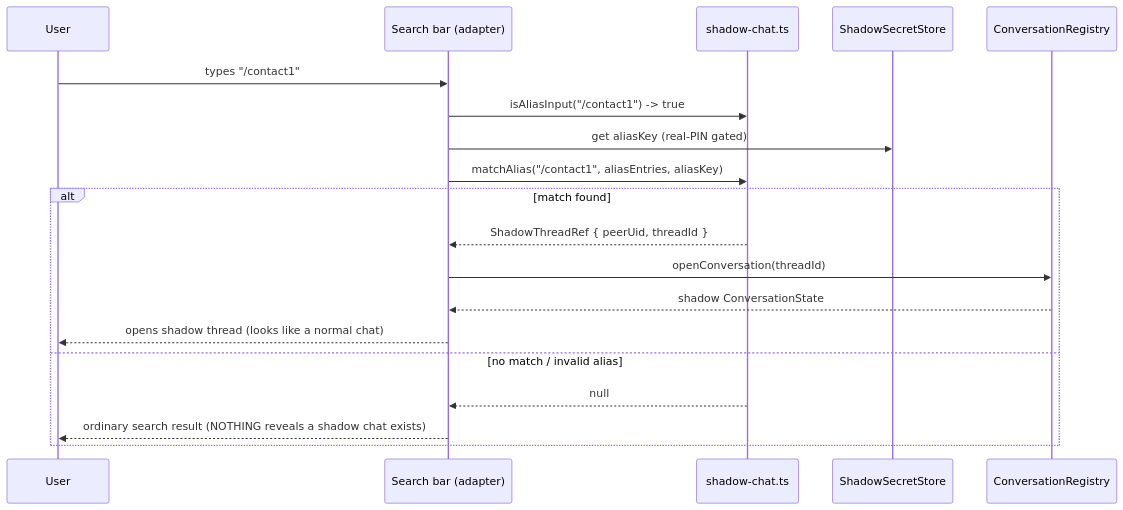
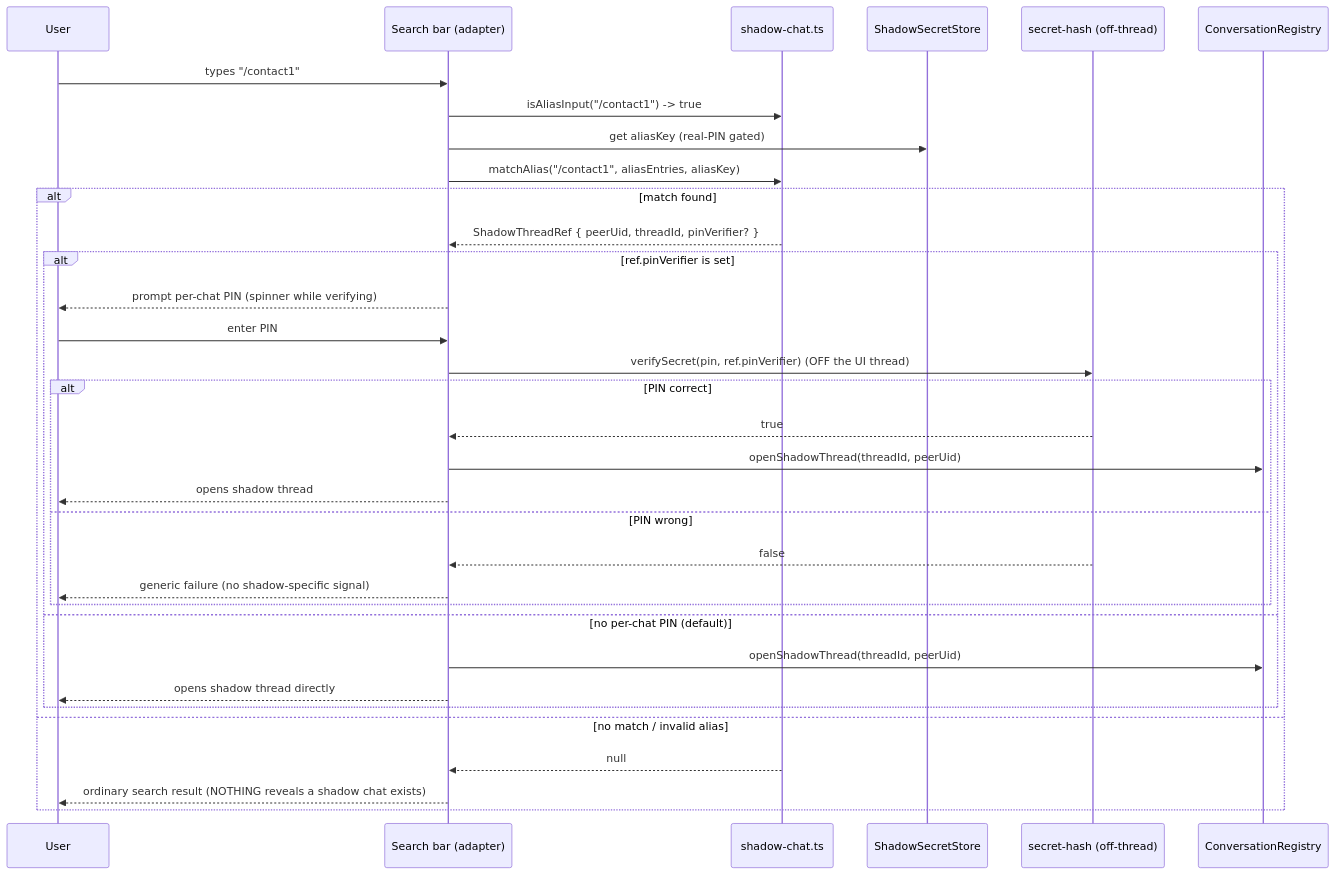
One commit to mkmk749278/Chit-Chat changed the third of 5 diagrams in .kiro/specs/shadow-chat/design.md. Above: the diagram before and after it, drawn with Mermaid. The commit also changed other lines of this file and 52 other files, not shown here.

````diff
--- a/.kiro/specs/shadow-chat/design.md
+++ b/.kiro/specs/shadow-chat/design.md
@@ -135,22 +273,36 @@
 ```mermaid
 sequenceDiagram
     participant U as User
     participant UI as Search bar (adapter)
     participant SC as shadow-chat.ts
     participant SS as ShadowSecretStore
+    participant SH as secret-hash (off-thread)
     participant REG as ConversationRegistry
 
     U->>UI: types "/contact1"
     UI->>SC: isAliasInput("/contact1") -> true
     UI->>SS: get aliasKey (real-PIN gated)
     UI->>SC: matchAlias("/contact1", aliasEntries, aliasKey)
     alt match found
-        SC-->>UI: ShadowThreadRef { peerUid, threadId }
-        UI->>REG: openConversation(threadId)
-        REG-->>UI: shadow ConversationState
-        UI-->>U: opens shadow thread (looks like a normal chat)
+        SC-->>UI: ShadowThreadRef { peerUid, threadId, pinVerifier? }
+        alt ref.pinVerifier is set
+            UI-->>U: prompt per-chat PIN (spinner while verifying)
+            U->>UI: enter PIN
+            UI->>SH: verifySecret(pin, ref.pinVerifier)  (OFF the UI thread)
+            alt PIN correct
+                SH-->>UI: true
+                UI->>REG: openShadowThread(threadId, peerUid)
+                UI-->>U: opens shadow thread
+            else PIN wrong
+                SH-->>UI: false
+                UI-->>U: generic failure (no shadow-specific signal)
+            end
+        else no per-chat PIN (default)
+            UI->>REG: openShadowThread(threadId, peerUid)
+            UI-->>U: opens shadow thread directly
+        end
     else no match / invalid alias
         SC-->>UI: null
         UI-->>U: ordinary search result (NOTHING reveals a shadow chat exists)
     end
 ```
````
